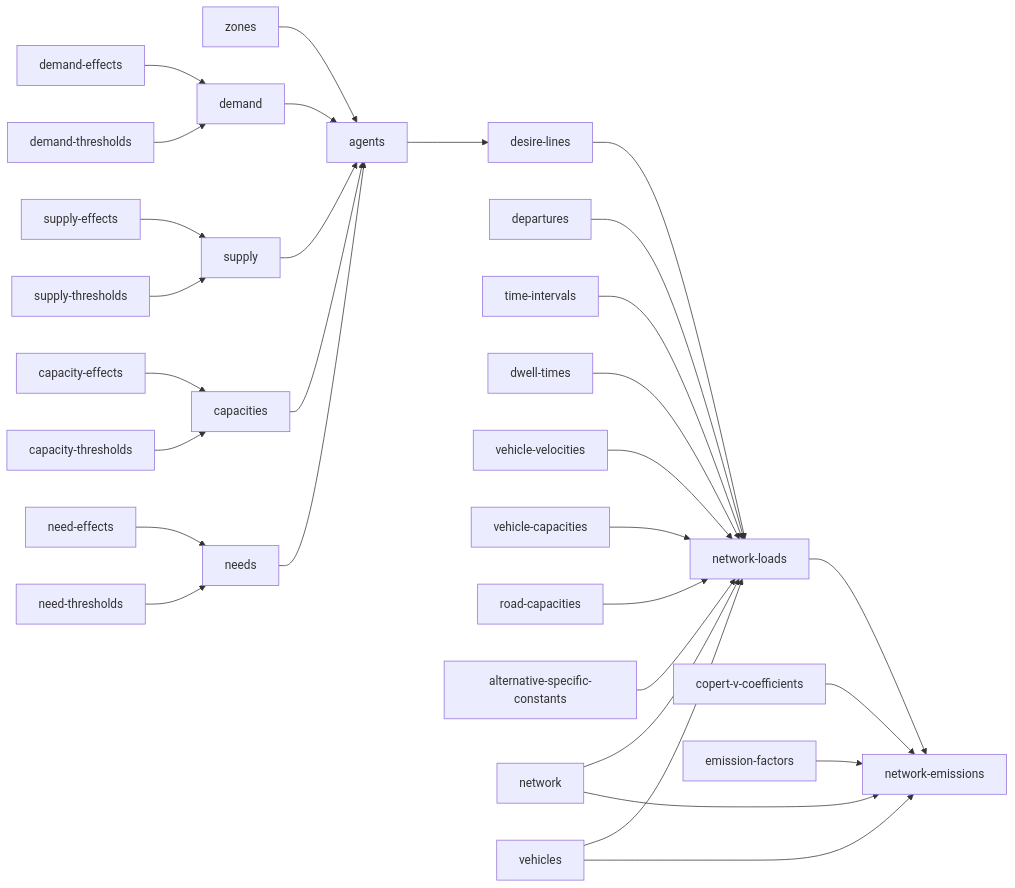
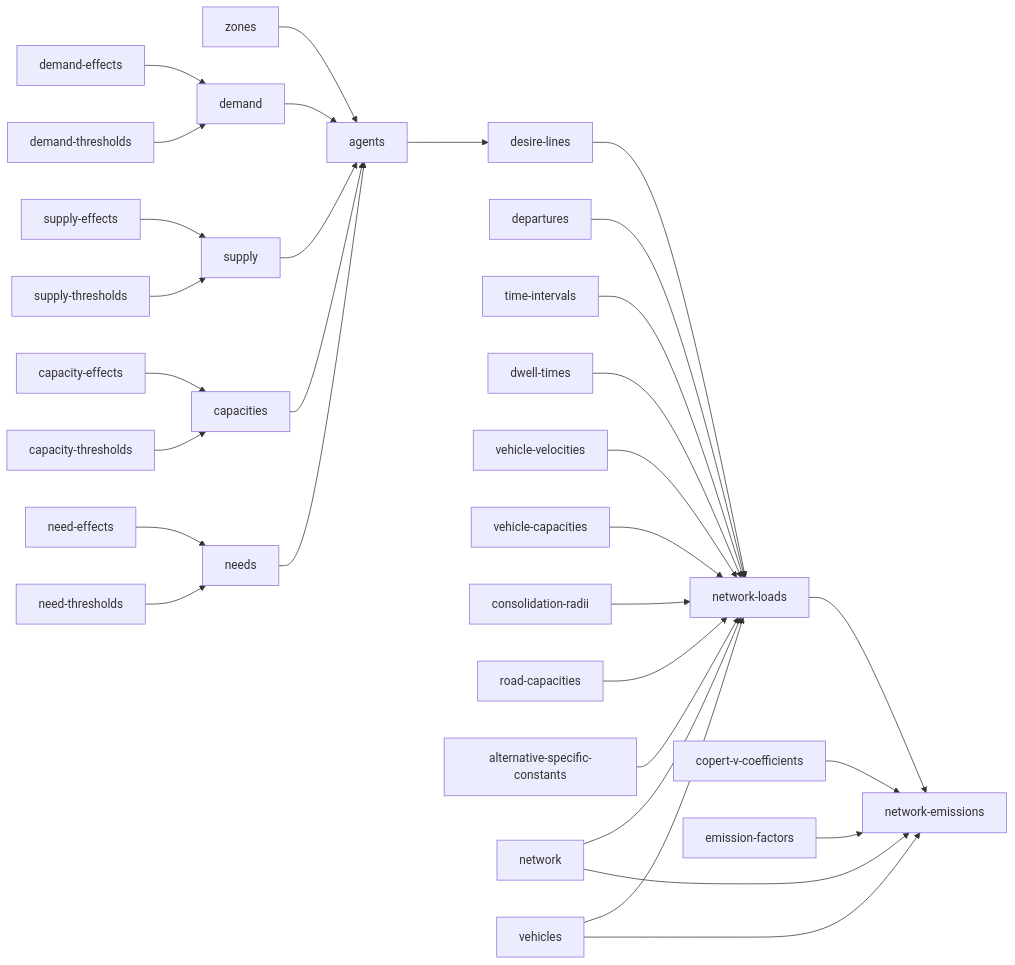
Before and after one commit to hcubasd/urban-dollop: the diagram in README.md, drawn with Mermaid. The commit also changed other lines of this file and 14 other files, not shown here.

````diff
--- a/README.md
+++ b/README.md
@@ -3,32 +3,33 @@
 ```mermaid
 flowchart LR
     zones[zones] --> agents
     demand_effects[demand-effects] --> demand[demand]
     demand_thresholds[demand-thresholds] --> demand
     supply_effects[supply-effects] --> supply[supply]
     supply_thresholds[supply-thresholds] --> supply
     capacity_effects[capacity-effects] --> capacities[capacities]
     capacity_thresholds[capacity-thresholds] --> capacities
     need_effects[need-effects] --> needs[needs]
     need_thresholds[need-thresholds] --> needs
     demand --> agents[agents]
     supply --> agents
     capacities --> agents
     needs --> agents
     agents --> desire_lines[desire-lines]
     desire_lines --> network_loads
     departures[departures] --> network_loads
     time_intervals[time-intervals] --> network_loads
     dwell_times[dwell-times] --> network_loads
     vehicle_velocities[vehicle-velocities] --> network_loads
     vehicle_capacities[vehicle-capacities] --> network_loads
+    consolidation_radii[consolidation-radii] --> network_loads
     road_capacities[road-capacities] --> network_loads
     alternative_specific_constants[alternative-specific-constants] --> network_loads
     network[network] --> network_loads[network-loads]
     vehicles[vehicles] --> network_loads
     network --> network_emissions
     vehicles --> network_emissions
     network_loads[network-loads] --> network_emissions[network-emissions]
     copert_v_coefficients[copert-v-coefficients] --> network_emissions
     emission_factors[emission-factors] --> network_emissions
 ```
````
